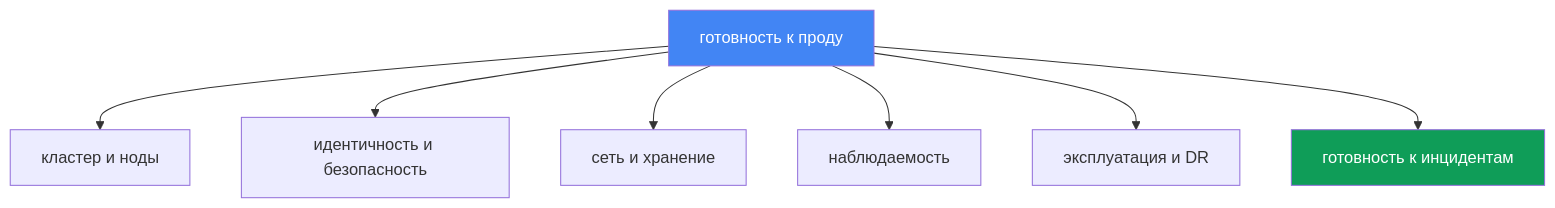
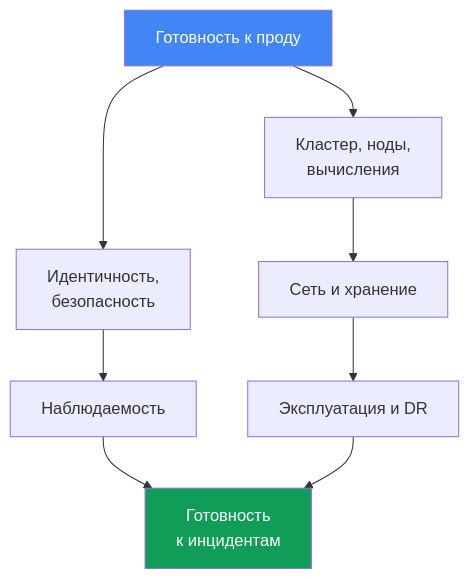
One commit to ViktorUJ/cks changed the first of 2 diagrams in tasks/eks/course/48/ru.md. Above: the diagram before and after it, drawn with Mermaid. The commit also changed other lines of this file and 52 other files, not shown here.

````diff
--- a/tasks/eks/course/48/ru.md
+++ b/tasks/eks/course/48/ru.md
@@ -37,18 +37,12 @@
 ```mermaid
 flowchart TB
-    ready["готовность к проду"]
-    infra["кластер и ноды"]
-    sec["идентичность и безопасность"]
-    net["сеть и хранение"]
-    obs["наблюдаемость"]
-    ops["эксплуатация и DR"]
-    inc["готовность к инцидентам"]
-    ready --> infra
-    ready --> sec
-    ready --> net
-    ready --> obs
-    ready --> ops
-    ready --> inc
+    ready["Готовность к проду"] --> infra["Кластер, ноды,<br/>вычисления"]
+    ready --> sec["Идентичность,<br/>безопасность"]
+    infra --> net["Сеть и хранение"]
+    sec --> obs["Наблюдаемость"]
+    net --> ops["Эксплуатация и DR"]
+    obs --> inc["Готовность<br/>к инцидентам"]
+    ops --> inc
     style ready fill:#4285f4,color:#fff
     style inc fill:#0f9d58,color:#fff
 ```
````
